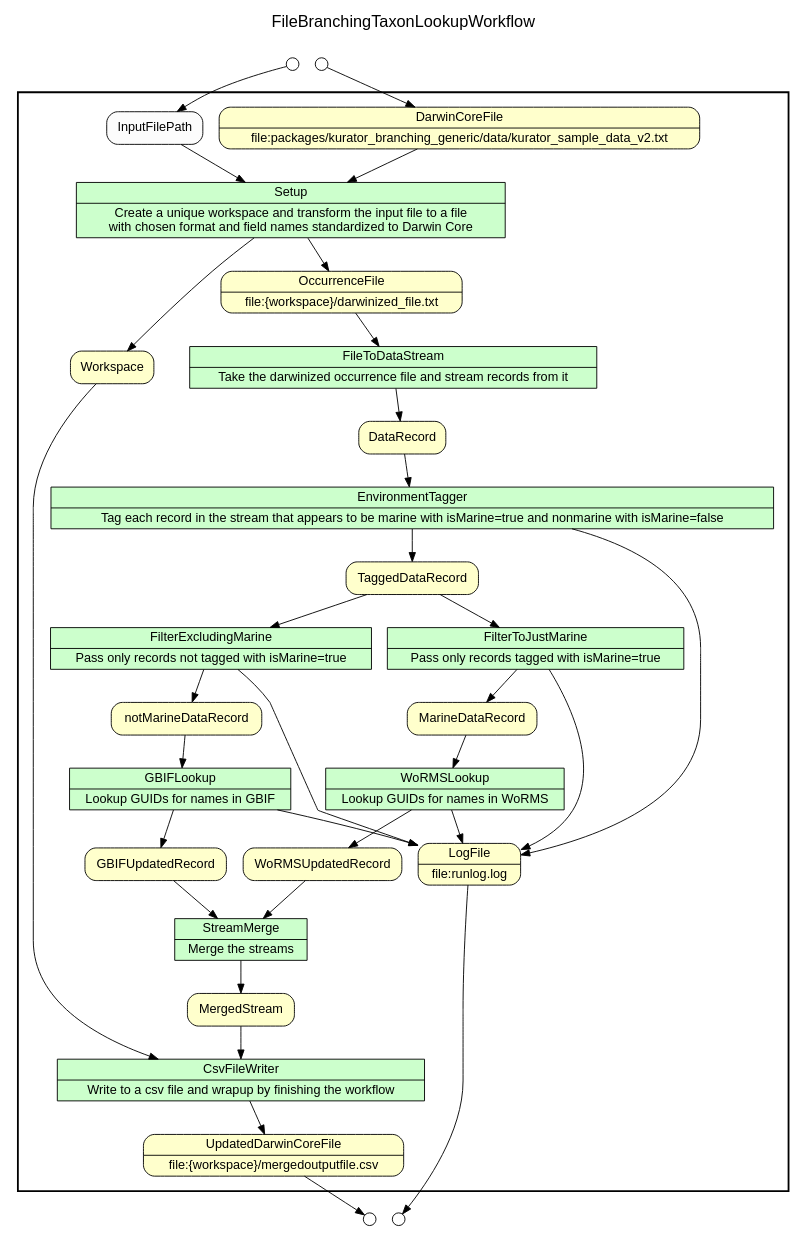
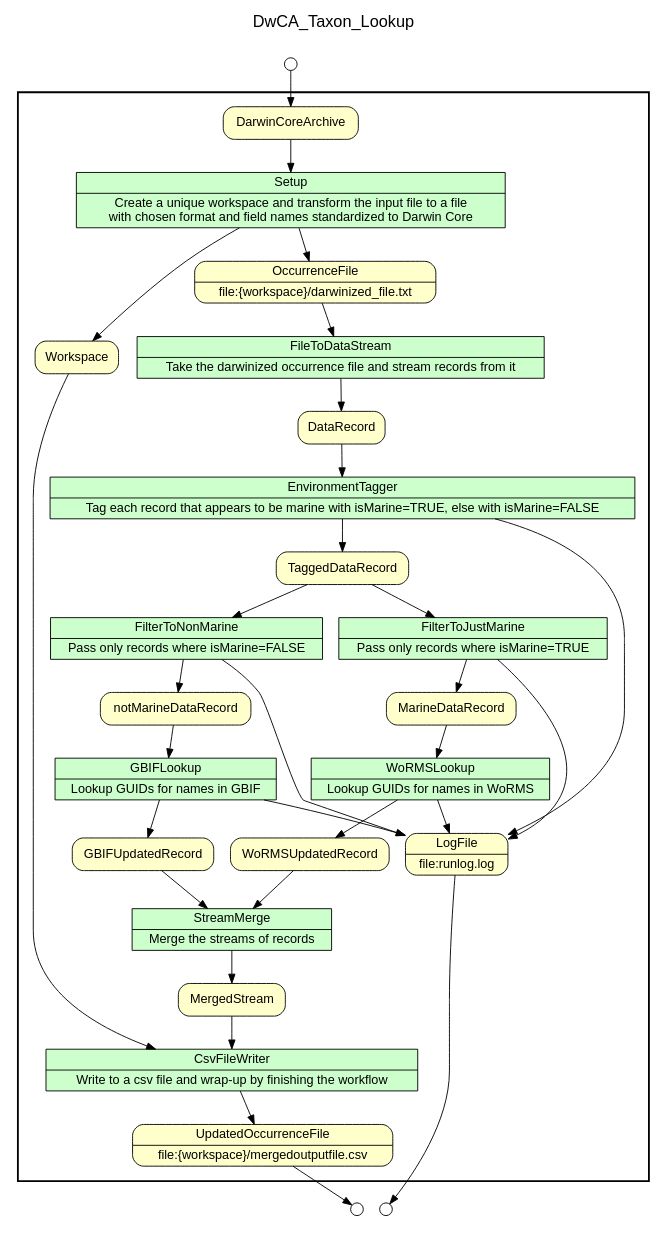
The diagram in kurator_FileBranchingTaxonLookup/workflows/results/complete_wf_graph_uri.gv (kurator-org/kurator-TDWG17-YW), drawn with Graphviz before and after one commit. The commit also changed 68 other files, not shown here.

```diff
--- a/kurator_FileBranchingTaxonLookup/workflows/results/complete_wf_graph_uri.gv
+++ b/kurator_FileBranchingTaxonLookup/workflows/results/complete_wf_graph_uri.gv
@@ -1,120 +1,116 @@
 
 /* Start of top-level graph */
 digraph Workflow {
 rankdir=TB
 
 /* Title for graph */
 fontname=Helvetica; fontsize=18; labelloc=t
-label=FileBranchingTaxonLookupWorkflow
+label=DwCA_Taxon_Lookup
 
 /* Start of double cluster for drawing box around nodes in workflow */
 subgraph cluster_workflow_box_outer { label=""; color=black; penwidth=2
 subgraph cluster_workflow_box_inner { label=""; penwidth=0
 
 /* Style for nodes representing atomic programs in workflow */
 node[shape=box style=filled fillcolor="#CCFFCC" peripheries=1 fontname=Helvetica]
 
 /* Nodes representing atomic programs in workflow */
 Setup [shape=record rankdir=LR label="{<f0> Setup |<f1> Create a unique workspace and transform the input file to a file\n with chosen format and field names standardized to Darwin Core}"];
 FileToDataStream [shape=record rankdir=LR label="{<f0> FileToDataStream |<f1> Take the darwinized occurrence file and stream records from it}"];
-EnvironmentTagger [shape=record rankdir=LR label="{<f0> EnvironmentTagger |<f1> Tag each record in the stream that appears to be marine with isMarine=true and nonmarine with isMarine=false}"];
-FilterToJustMarine [shape=record rankdir=LR label="{<f0> FilterToJustMarine |<f1> Pass only records tagged with isMarine=true}"];
-FilterExcludingMarine [shape=record rankdir=LR label="{<f0> FilterExcludingMarine |<f1> Pass only records not tagged with isMarine=true}"];
+EnvironmentTagger [shape=record rankdir=LR label="{<f0> EnvironmentTagger |<f1> Tag each record that appears to be marine with isMarine=TRUE, else with isMarine=FALSE}"];
+FilterToJustMarine [shape=record rankdir=LR label="{<f0> FilterToJustMarine |<f1> Pass only records where isMarine=TRUE}"];
+FilterToNonMarine [shape=record rankdir=LR label="{<f0> FilterToNonMarine |<f1> Pass only records where isMarine=FALSE}"];
 WoRMSLookup [shape=record rankdir=LR label="{<f0> WoRMSLookup |<f1> Lookup GUIDs for names in WoRMS}"];
 GBIFLookup [shape=record rankdir=LR label="{<f0> GBIFLookup |<f1> Lookup GUIDs for names in GBIF}"];
-StreamMerge [shape=record rankdir=LR label="{<f0> StreamMerge |<f1> Merge the streams}"];
-CsvFileWriter [shape=record rankdir=LR label="{<f0> CsvFileWriter |<f1> Write to a csv file and wrapup by finishing the workflow}"];
+StreamMerge [shape=record rankdir=LR label="{<f0> StreamMerge |<f1> Merge the streams of records}"];
+CsvFileWriter [shape=record rankdir=LR label="{<f0> CsvFileWriter |<f1> Write to a csv file and wrap-up by finishing the workflow}"];
 
 /* Style for nodes representing non-parameter data channels in workflow */
 node[shape=box style="rounded,filled" fillcolor="#FFFFCC" peripheries=1 fontname=Helvetica]
 
 /* Nodes for non-parameter data channels in workflow */
-DarwinCoreFile [shape=record rankdir=LR label="{<f0> DarwinCoreFile |<f1> file\:packages/kurator_branching_generic/data/kurator_sample_data_v2.txt}"];
+DarwinCoreArchive
 OccurrenceFile [shape=record rankdir=LR label="{<f0> OccurrenceFile |<f1> file\:\{workspace\}/darwinized_file.txt}"];
 DataRecord
 TaggedDataRecord
 MarineDataRecord
 notMarineDataRecord
 GBIFUpdatedRecord
 WoRMSUpdatedRecord
 Workspace
 MergedStream
-UpdatedDarwinCoreFile [shape=record rankdir=LR label="{<f0> UpdatedDarwinCoreFile |<f1> file\:\{workspace\}/mergedoutputfile.csv}"];
+UpdatedOccurrenceFile [shape=record rankdir=LR label="{<f0> UpdatedOccurrenceFile |<f1> file\:\{workspace\}/mergedoutputfile.csv}"];
 LogFile [shape=record rankdir=LR label="{<f0> LogFile |<f1> file\:runlog.log}"];
 
 /* Style for nodes representing parameter channels in workflow */
 node[shape=box style="rounded,filled" fillcolor="#FCFCFC" peripheries=1 fontname=Helvetica]
 
 /* Nodes representing parameter channels in workflow */
-InputFilePath
 
 /* Edges representing connections between programs and channels */
 Setup -> Workspace
 Setup -> OccurrenceFile
-InputFilePath -> Setup
-DarwinCoreFile -> Setup
+DarwinCoreArchive -> Setup
 FileToDataStream -> DataRecord
 OccurrenceFile -> FileToDataStream
 EnvironmentTagger -> LogFile
 EnvironmentTagger -> TaggedDataRecord
 DataRecord -> EnvironmentTagger
 FilterToJustMarine -> LogFile
 FilterToJustMarine -> MarineDataRecord
 TaggedDataRecord -> FilterToJustMarine
-FilterExcludingMarine -> LogFile
-FilterExcludingMarine -> notMarineDataRecord
-TaggedDataRecord -> FilterExcludingMarine
+FilterToNonMarine -> LogFile
+FilterToNonMarine -> notMarineDataRecord
+TaggedDataRecord -> FilterToNonMarine
 WoRMSLookup -> WoRMSUpdatedRecord
 WoRMSLookup -> LogFile
 MarineDataRecord -> WoRMSLookup
 GBIFLookup -> GBIFUpdatedRecord
 GBIFLookup -> LogFile
 notMarineDataRecord -> GBIFLookup
 StreamMerge -> MergedStream
 GBIFUpdatedRecord -> StreamMerge
 WoRMSUpdatedRecord -> StreamMerge
-CsvFileWriter -> UpdatedDarwinCoreFile
+CsvFileWriter -> UpdatedOccurrenceFile
 Workspace -> CsvFileWriter
 MergedStream -> CsvFileWriter
 
 /* End of double cluster for drawing box around nodes in workflow */
 }}
 
 /* Hidden double-cluster for grouping workflow input ports */
 subgraph cluster_input_ports_group_outer { label=""; penwidth=0
 subgraph cluster_input_ports_group_inner { label=""; penwidth=0
 
 /* Style for nodes representing workflow input ports */
 node[shape=circle style="rounded,filled" fillcolor="#FFFFFF" peripheries=1 fontname=Helvetica width=0.2]
 
 /* Nodes representing workflow input ports */
-InputFilePath_input_port [label=""]
-DarwinCoreFile_input_port [label=""]
+DarwinCoreArchive_input_port [label=""]
 
 /* End of double-cluster for grouping workflow input ports */
 }}
 
 /* Hidden double-cluster for grouping workflow output ports */
 subgraph cluster_output_ports_group_outer { label=""; penwidth=0
 subgraph cluster_output_ports_group_inner { label=""; penwidth=0
 
 /* Style for nodes representing workflow output ports */
 node[shape=circle style="rounded,filled" fillcolor="#FFFFFF" peripheries=1 fontname=Helvetica width=0.2]
 
 /* Nodes representing workflow output ports */
-UpdatedDarwinCoreFile_output_port [label=""]
+UpdatedOccurrenceFile_output_port [label=""]
 LogFile_output_port [label=""]
 
 /* End of double-cluster for grouping workflow output ports */
 }}
 
 /* Edges from input ports to channels */
-InputFilePath_input_port -> InputFilePath
-DarwinCoreFile_input_port -> DarwinCoreFile
+DarwinCoreArchive_input_port -> DarwinCoreArchive
 
 /* Edges from channels to output ports */
-UpdatedDarwinCoreFile -> UpdatedDarwinCoreFile_output_port
+UpdatedOccurrenceFile -> UpdatedOccurrenceFile_output_port
 LogFile -> LogFile_output_port
 
 /* End of top-level graph */
 }
```
